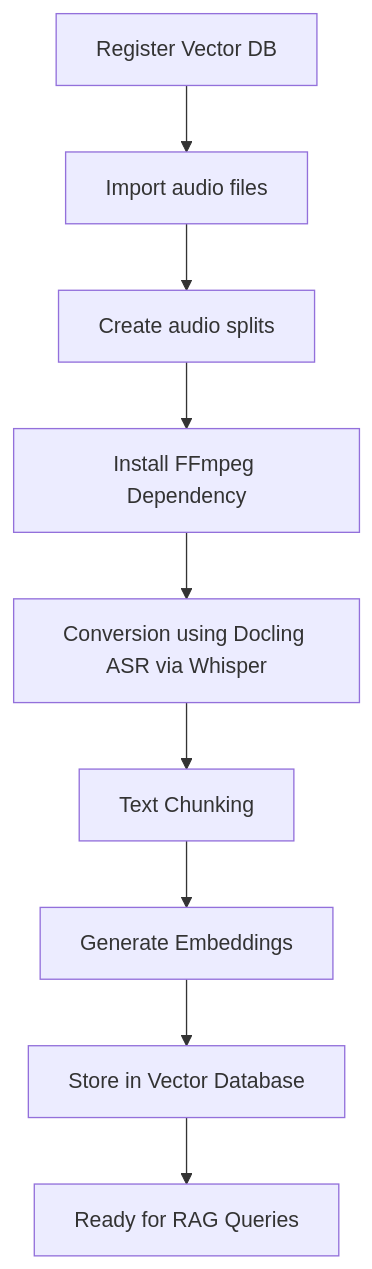
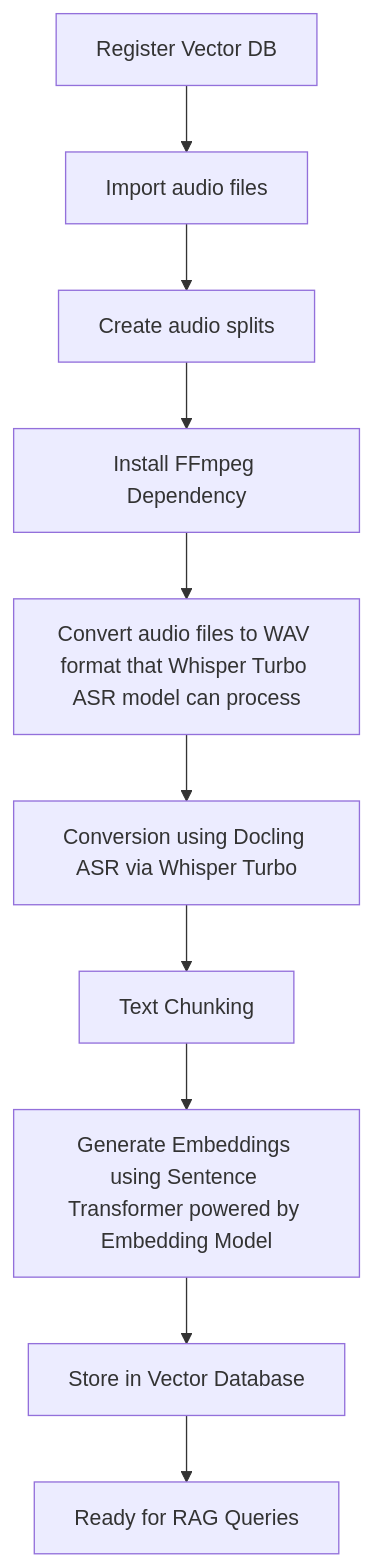
The diagram in demos/kfp/docling/asr-conversion/README.md (r3v5/rag), drawn with Mermaid before and after one commit. The commit also changed other lines of this file and 3 other files, not shown here.

````diff
--- a/demos/kfp/docling/asr-conversion/README.md
+++ b/demos/kfp/docling/asr-conversion/README.md
@@ -7,11 +11,12 @@
 ```mermaid
 graph TD
 A[Register Vector DB] --> B[Import audio files]
 B --> C[Create audio splits]
 C --> D[Install FFmpeg Dependency]
-D --> E[Conversion using Docling ASR via Whisper]
-E --> F[Text Chunking]
-F --> G[Generate Embeddings]
-G --> H[Store in Vector Database]
-H --> I[Ready for RAG Queries]
+D --> E[Convert audio files to WAV format that Whisper Turbo ASR model can process]
+E --> F[Conversion using Docling ASR via Whisper Turbo]
+F --> G[Text Chunking]
+G --> H[Generate Embeddings using Sentence Transformer powered by Embedding Model]
+H --> I[Store in Vector Database]
+I --> J[Ready for RAG Queries]
 ```
````
